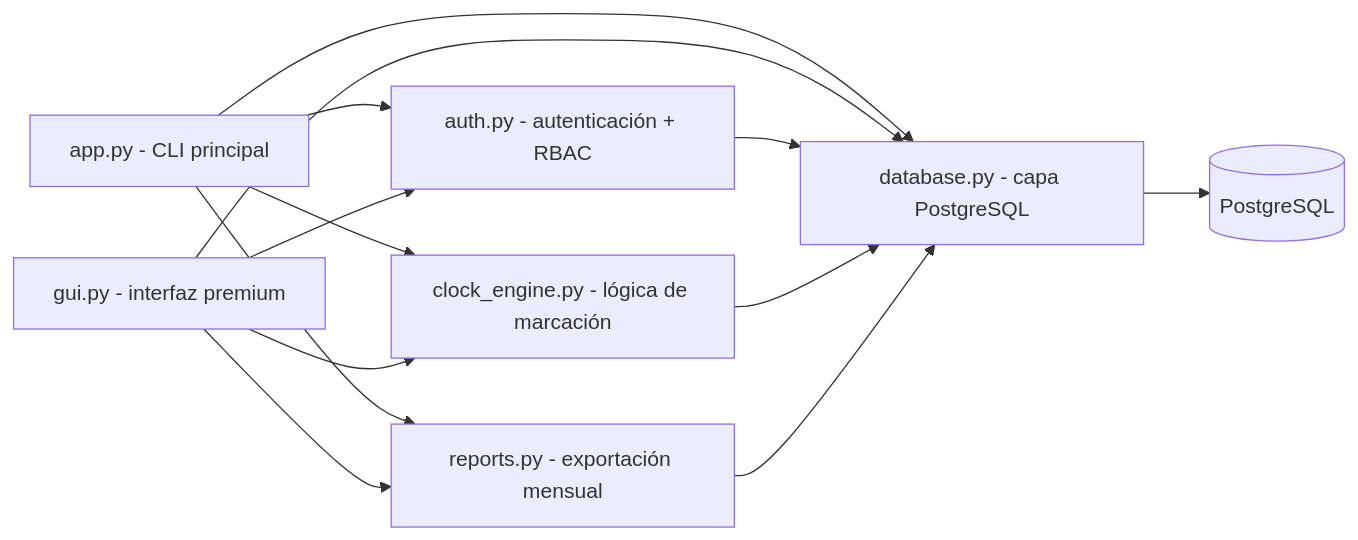
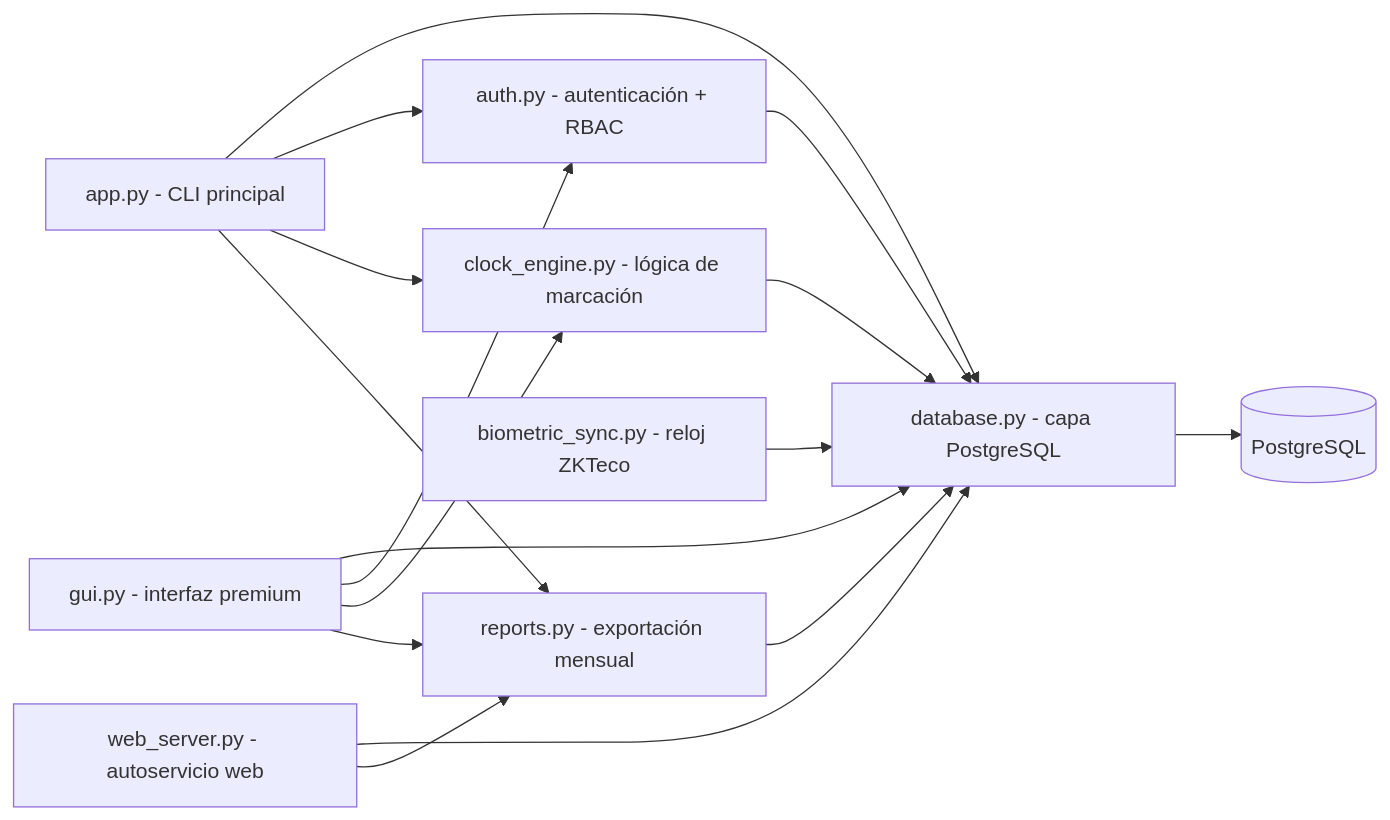
The diagram in Sistema de Marcacion/Ecosistema Sistema de Marcación.md (nandres/sistema-marcacion-empresarial), drawn with Mermaid before and after one commit. The commit also changed other lines of this file and 1 other file, not shown here.

Commit message:
docs(ecosystem): enlazar nota Estructura Web y Conexión Biométrica al tejido del gráfico

````diff
--- a/Sistema de Marcacion/Ecosistema Sistema de Marcación.md
+++ b/Sistema de Marcacion/Ecosistema Sistema de Marcación.md
@@ -7,15 +7,18 @@
 ```mermaid
 flowchart LR
     CLI[app.py - CLI principal] --> DB[database.py - capa PostgreSQL]
     CLI --> AUTH[auth.py - autenticación + RBAC]
     CLI --> ENG[clock_engine.py - lógica de marcación]
     CLI --> REP[reports.py - exportación mensual]
     GUI[gui.py - interfaz premium] --> DB
     GUI --> AUTH
     GUI --> ENG
     GUI --> REP
+    WEB[web_server.py - autoservicio web] --> DB
+    WEB --> REP
+    BIO[biometric_sync.py - reloj ZKTeco] --> DB
     AUTH --> DB
     ENG --> DB
     REP --> DB
     DB --> PG[(PostgreSQL)]
 ```
````
